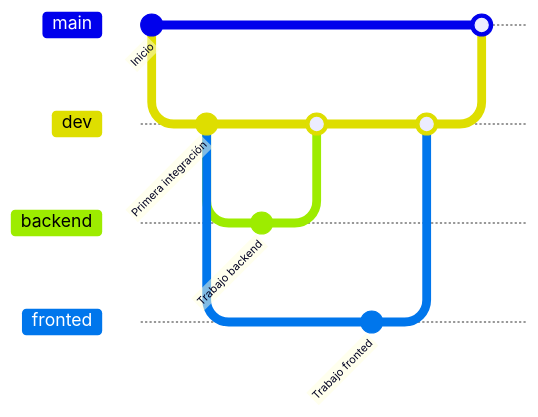
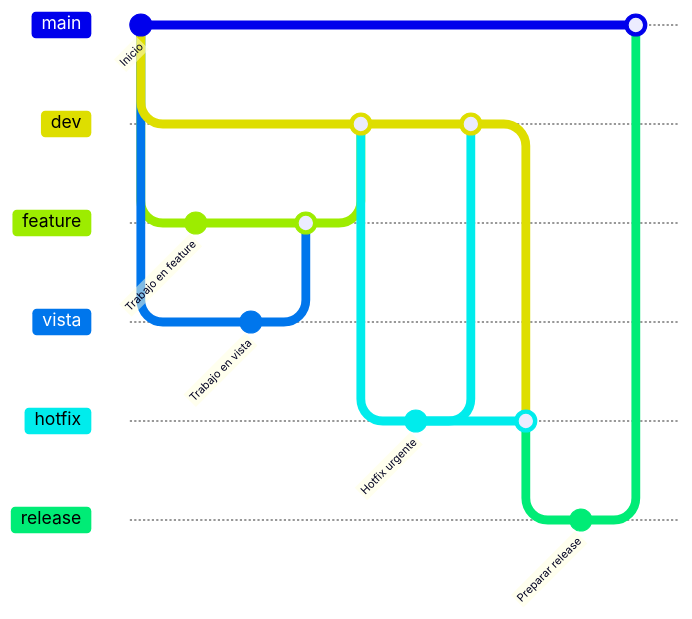
Before and after one commit to ElCuervas/n-migos.java: the diagram in README.md, drawn with Mermaid.

````diff
--- a/README.md
+++ b/README.md
@@ -1,19 +1,28 @@
 ```mermaid
 gitGraph
    commit id: "Inicio"
    branch dev
    checkout dev
-   commit id: "Primera integración"
-   branch backend
-   branch fronted
-   checkout backend
-   commit id: "Trabajo backend"
+   branch feature
+   branch vista
+   checkout feature
+   commit id: "Trabajo en feature"
+   checkout vista
+   commit id: "Trabajo en vista"
+   checkout feature
+   merge vista
    checkout dev
-   merge backend
-   checkout fronted
-   commit id: "Trabajo fronted"
+   merge feature
+   branch hotfix
+   checkout hotfix
+   commit id: "Hotfix urgente"
    checkout dev
-   merge fronted
+   merge hotfix
+   checkout hotfix
+   merge dev
+   branch release
+   checkout release
+   commit id: "Preparar release"
    checkout main
-   merge dev
+   merge release
 ```
````
